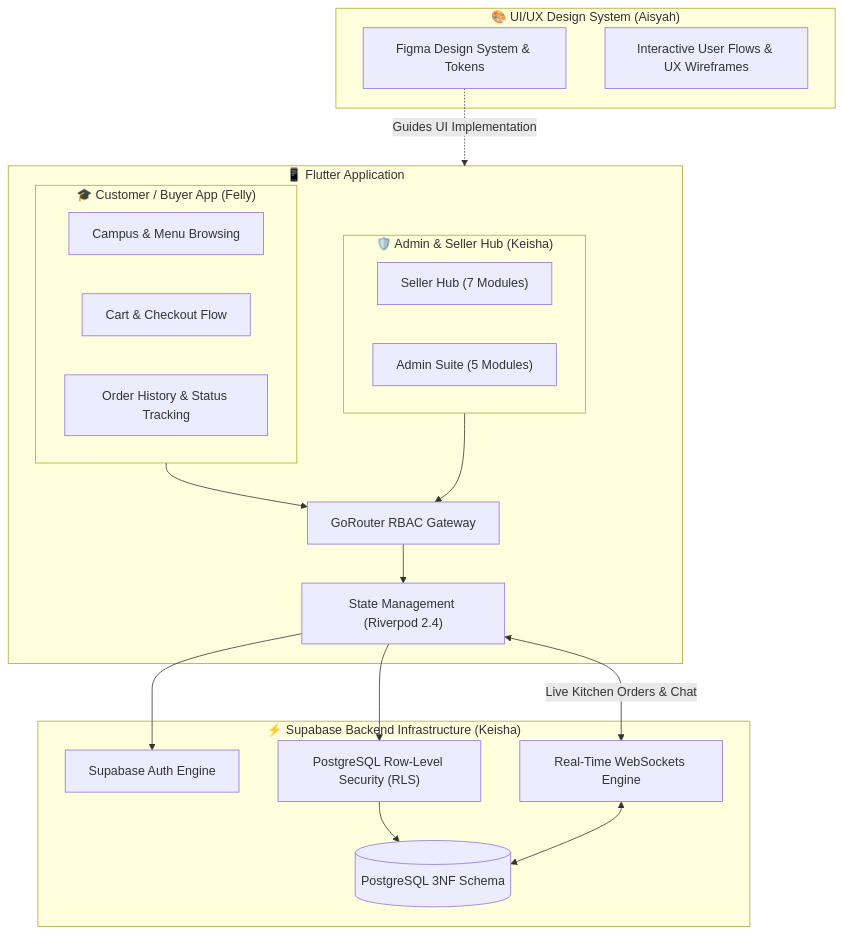
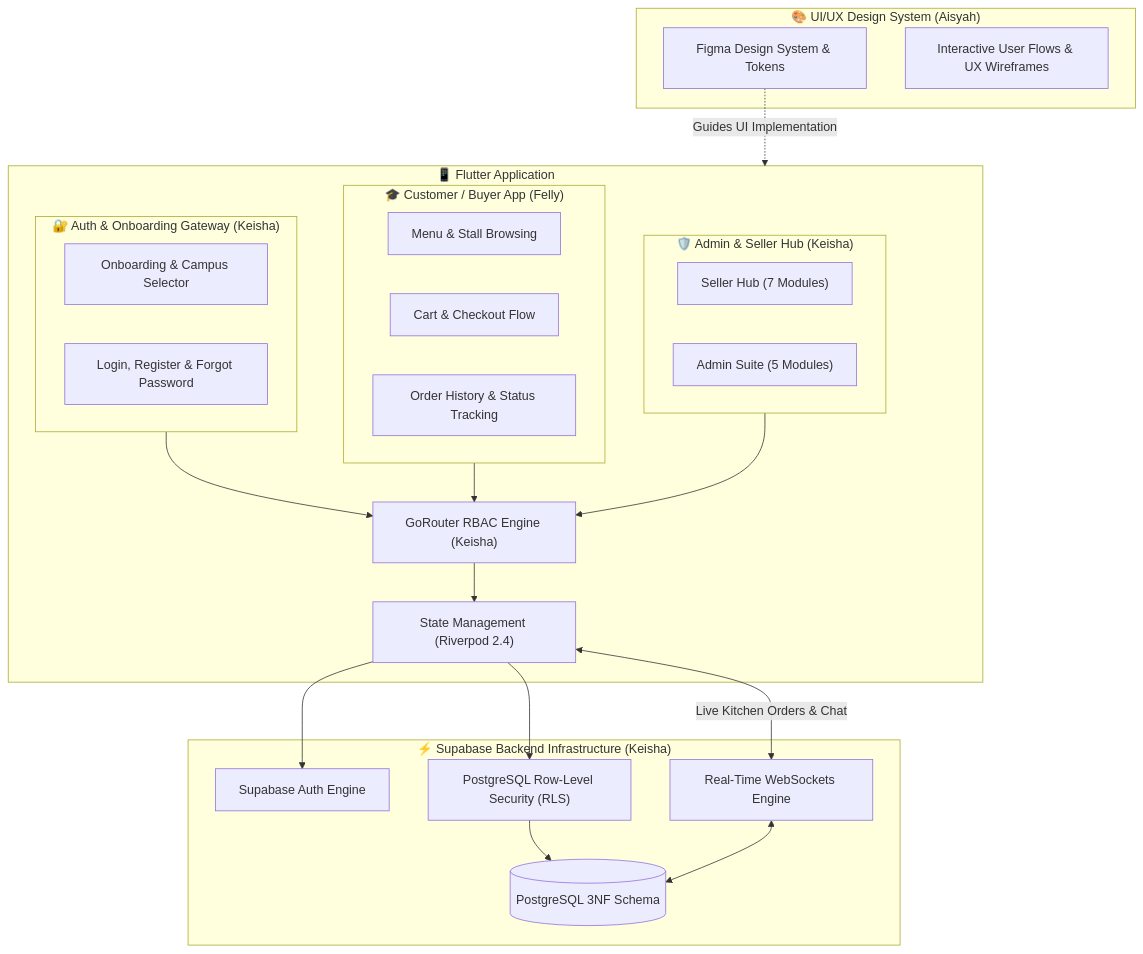
The diagram in README.md (wvionn/JAJANYUK), drawn with Mermaid before and after one commit. The commit also changed other lines of this file, not shown here.

Commit message:
docs: update team role breakdown and comprehensive system architecture

````diff
--- a/README.md
+++ b/README.md
@@ -105,40 +113,46 @@
 ```mermaid
 graph TD
     subgraph Design ["🎨 UI/UX Design System (Aisyah)"]
         Figma["Figma Design System & Tokens"]
         Proto["Interactive User Flows & UX Wireframes"]
     end
 
     subgraph Client ["📱 Flutter Application"]
+        subgraph Gateway ["🔐 Auth & Onboarding Gateway (Keisha)"]
+            UI_Onboard["Onboarding & Campus Selector"]
+            UI_Auth["Login, Register & Forgot Password"]
+        end
+
         subgraph CustomerApp ["🎓 Customer / Buyer App (Felly)"]
-            UI_Home["Campus & Menu Browsing"]
+            UI_Home["Menu & Stall Browsing"]
             UI_Cart["Cart & Checkout Flow"]
             UI_Orders["Order History & Status Tracking"]
         end
 
         subgraph ManagementApp ["🛡️ Admin & Seller Hub (Keisha)"]
             UI_Seller["Seller Hub (7 Modules)"]
             UI_Admin["Admin Suite (5 Modules)"]
         end
 
-        Router["GoRouter RBAC Gateway"]
+        Router["GoRouter RBAC Engine (Keisha)"]
         State["State Management (Riverpod 2.4)"]
     end
 
     subgraph Backend ["⚡ Supabase Backend Infrastructure (Keisha)"]
         Auth["Supabase Auth Engine"]
         RLS["PostgreSQL Row-Level Security (RLS)"]
         WS["Real-Time WebSockets Engine"]
         DB[(PostgreSQL 3NF Schema)]
     end
 
     Figma -.->|Guides UI Implementation| Client
+    Gateway --> Router
     CustomerApp --> Router
     ManagementApp --> Router
     Router --> State
     State --> Auth
     State --> RLS
     RLS --> DB
     State <-->|Live Kitchen Orders & Chat| WS
     WS <--> DB
 ```
````
